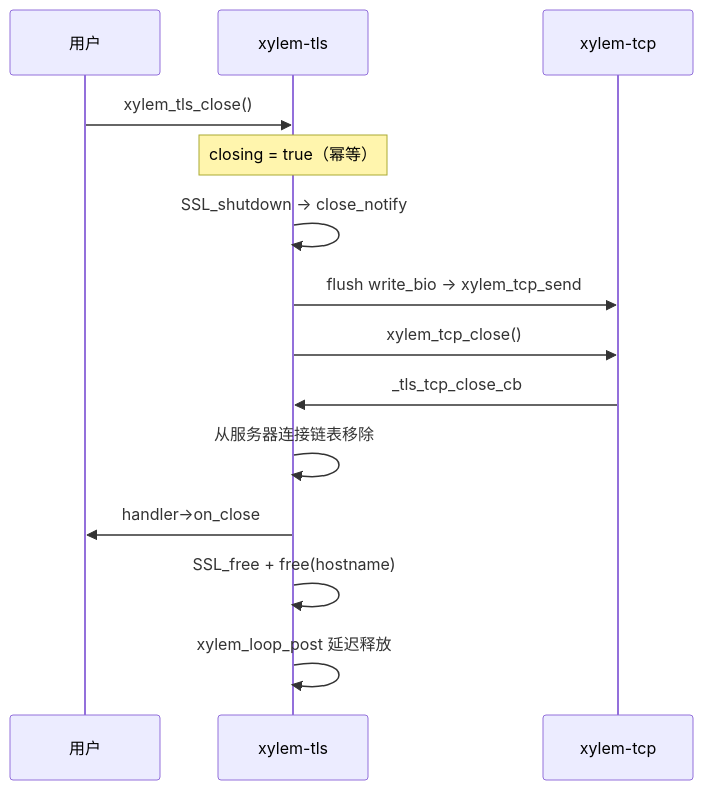
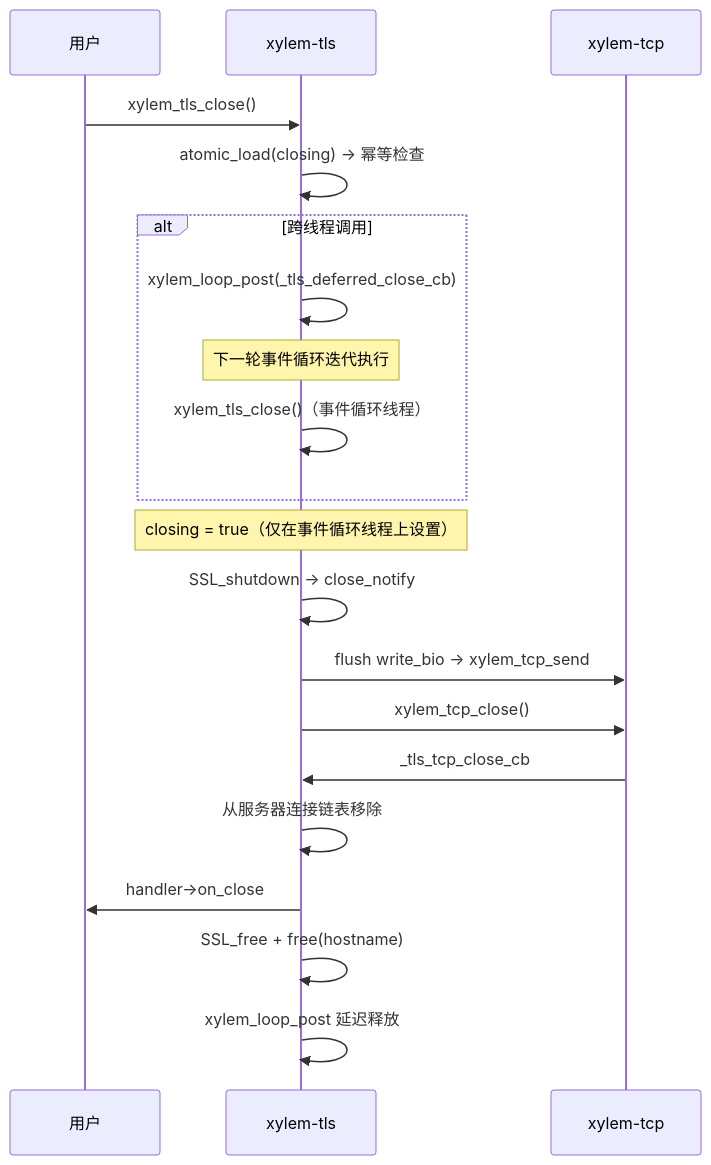
Before and after one commit to MeristemForge/Xylem: the sixth of 6 diagrams in .kiro/steering/tls-design.md, drawn with Mermaid. The commit also changed other lines of this file and 23 other files, not shown here.

````diff
--- a/.kiro/steering/tls-design.md
+++ b/.kiro/steering/tls-design.md
@@ -227,17 +227,23 @@
 ```mermaid
 sequenceDiagram
     participant User as 用户
     participant TLS as xylem-tls
     participant TCP as xylem-tcp
 
     User->>TLS: xylem_tls_close()
-    Note over TLS: closing = true（幂等）
+    TLS->>TLS: atomic_load(closing) → 幂等检查
+    alt 跨线程调用
+        TLS->>TLS: xylem_loop_post(_tls_deferred_close_cb)
+        Note over TLS: 下一轮事件循环迭代执行
+        TLS->>TLS: xylem_tls_close()（事件循环线程）
+    end
+    Note over TLS: closing = true（仅在事件循环线程上设置）
     TLS->>TLS: SSL_shutdown → close_notify
     TLS->>TCP: flush write_bio → xylem_tcp_send
     TLS->>TCP: xylem_tcp_close()
     TCP->>TLS: _tls_tcp_close_cb
     TLS->>TLS: 从服务器连接链表移除
     TLS->>User: handler->on_close
     TLS->>TLS: SSL_free + free(hostname)
     TLS->>TLS: xylem_loop_post 延迟释放
 ```
````
